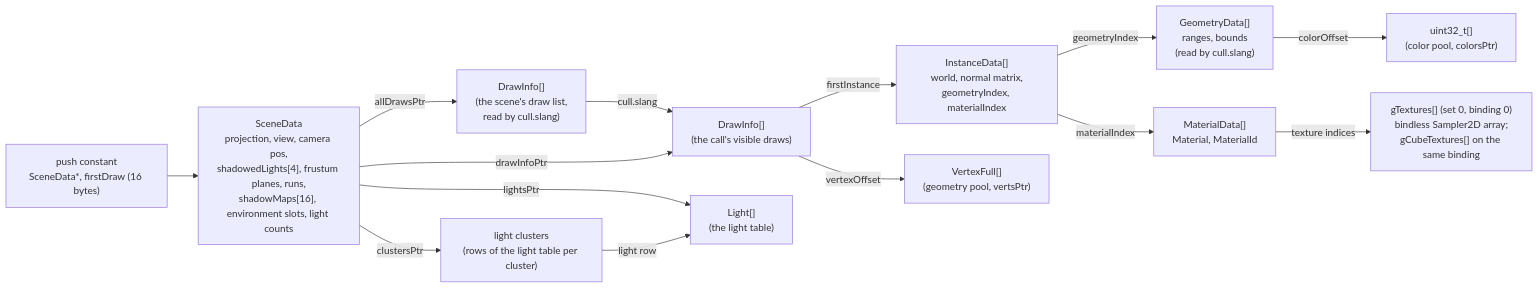
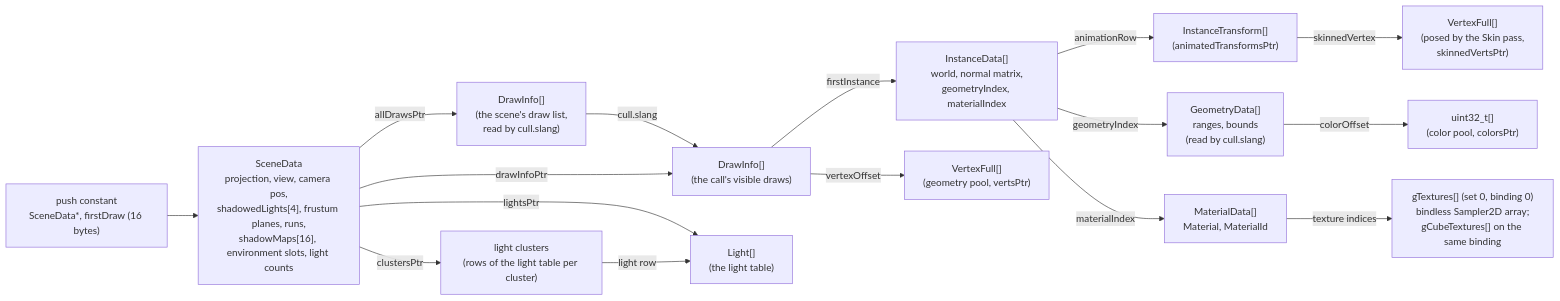
Before and after one commit to adel-elmala/rasm: the third of 3 diagrams in docs/architecture.md, drawn with Mermaid. The commit also changed other lines of this file and 59 other files, not shown here.

````diff
--- a/docs/architecture.md
+++ b/docs/architecture.md
@@ -381,16 +407,18 @@
 ```mermaid
 flowchart LR
     PC["push constant<br/>SceneData*, firstDraw (16 bytes)"] --> SD["SceneData<br/>projection, view, camera pos,<br/>shadowedLights[4], frustum planes, runs,<br/>shadowMaps[16], environment slots, light counts"]
     SD -- allDrawsPtr --> AD["DrawInfo[]<br/>(the scene's draw list,<br/>read by cull.slang)"]
     AD -- cull.slang --> DI
     SD -- drawInfoPtr --> DI["DrawInfo[]<br/>(the call's visible draws)"]
     DI -- firstInstance --> ID["InstanceData[]<br/>world, normal matrix,<br/>geometryIndex, materialIndex"]
     DI -- vertexOffset --> V["VertexFull[]<br/>(geometry pool, vertsPtr)"]
     GD -- colorOffset --> VC["uint32_t[]<br/>(color pool, colorsPtr)"]
+    ID -- animationRow --> IT["InstanceTransform[]<br/>(animatedTransformsPtr)"]
+    IT -- skinnedVertex --> SV["VertexFull[]<br/>(posed by the Skin pass,<br/>skinnedVertsPtr)"]
     ID -- geometryIndex --> GD["GeometryData[]<br/>ranges, bounds<br/>(read by cull.slang)"]
     SD -- lightsPtr --> LT["Light[]<br/>(the light table)"]
     SD -- clustersPtr --> CL["light clusters<br/>(rows of the light table per cluster)"]
     CL -- light row --> LT
     ID -- materialIndex --> MD["MaterialData[]<br/>Material, MaterialId"]
     MD -- texture indices --> T["gTextures[] (set 0, binding 0)<br/>bindless Sampler2D array;<br/>gCubeTextures[] on the same binding"]
 ```
````
